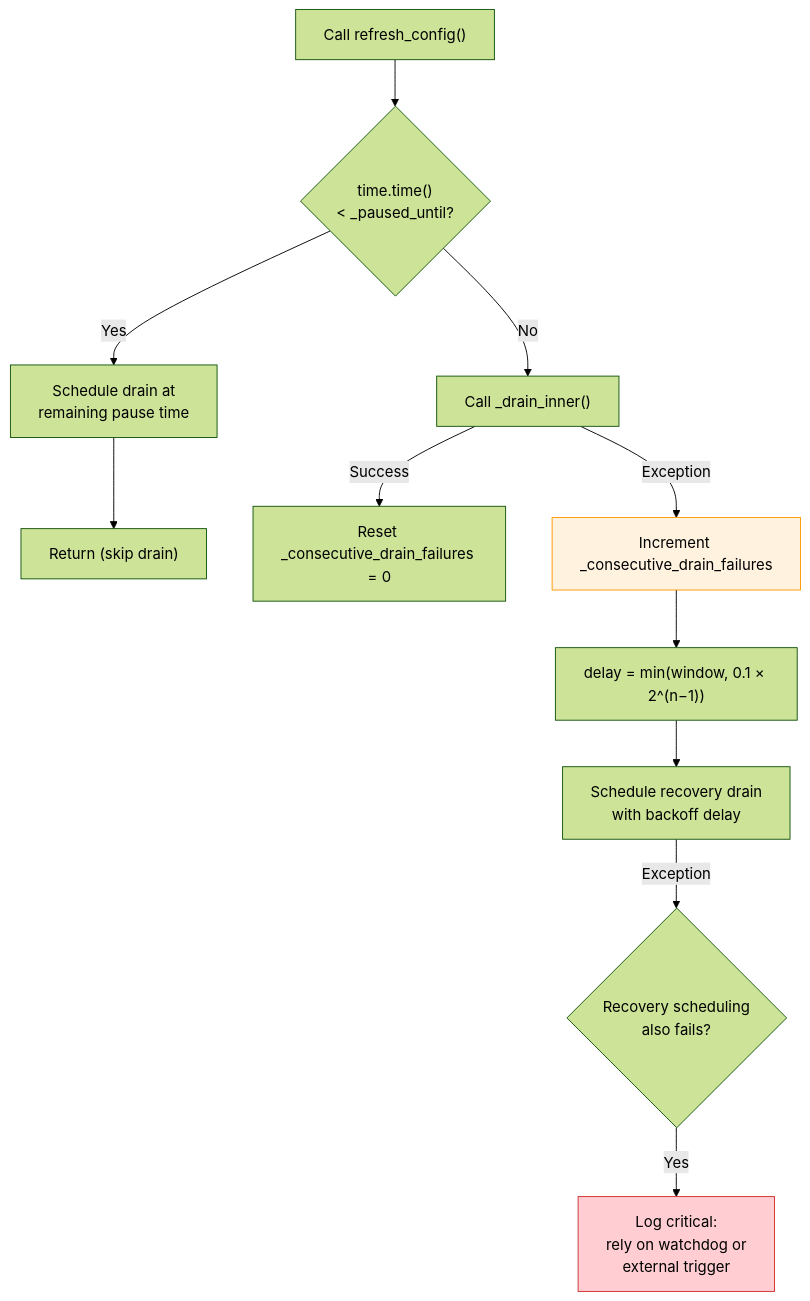
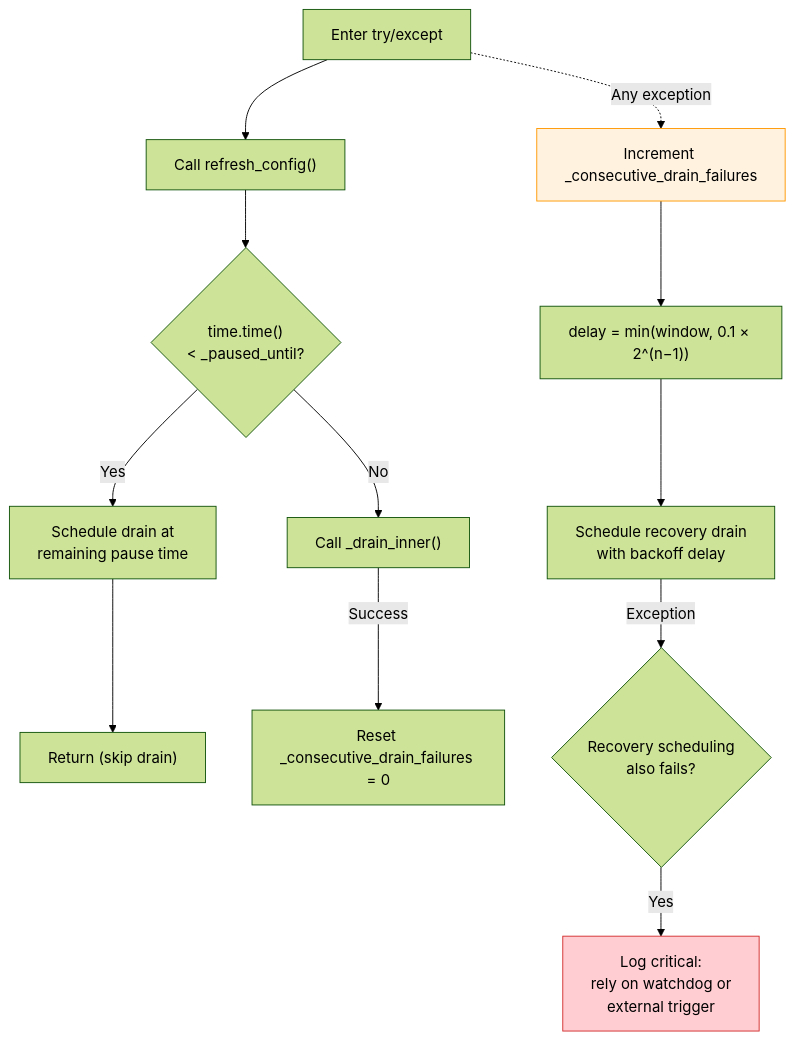
Before and after one commit to melroy999/redis-rate-limiter: the third of 4 diagrams in docs/architecture/drain-flow.md, drawn with Mermaid (forest theme). The commit also changed other lines of this file and 53 other files, not shown here.

Commit message:
[/worker-limiter] Added Prometheus metrics integration, demo infrastructure, and K8s manifests. Fixed dispatch lock starvation (contention-aware cooldown) and added local capacity guard. Made the drain thread more robust (auto-recovery, exception handling, cross-process Pub/Sub notification).

````diff
--- a/docs/architecture/drain-flow.md
+++ b/docs/architecture/drain-flow.md
@@ -117,25 +121,28 @@
 ```mermaid
 flowchart TD
+    L2_TRY_START["Enter try/except"]
     L2_REFRESH["Call refresh_config()"]
     L2_PAUSED{"time.time()\n< _paused_until?"}
     L2_SCHEDULE_RESUME["Schedule drain at\nremaining pause time"]
     L2_RETURN_PAUSED["Return (skip drain)"]
-    L2_TRY["Call _drain_inner()"]
+    L2_INNER["Call _drain_inner()"]
     L2_SUCCESS["Reset _consecutive_drain_failures = 0"]
     L2_EXCEPT["Increment _consecutive_drain_failures"]
     L2_BACKOFF["delay = min(window, 0.1 × 2^(n−1))"]
     L2_SCHEDULE_RETRY["Schedule recovery drain\nwith backoff delay"]
     L2_DOUBLE_FAIL{"Recovery scheduling\nalso fails?"}
     L2_CRITICAL["Log critical:\nrely on watchdog or\nexternal trigger"]
 
+    L2_TRY_START --> L2_REFRESH
     L2_REFRESH --> L2_PAUSED
     L2_PAUSED -- "Yes" --> L2_SCHEDULE_RESUME --> L2_RETURN_PAUSED
-    L2_PAUSED -- "No" --> L2_TRY
-    L2_TRY -- "Success" --> L2_SUCCESS
-    L2_TRY -- "Exception" --> L2_EXCEPT --> L2_BACKOFF --> L2_SCHEDULE_RETRY
+    L2_PAUSED -- "No" --> L2_INNER
+    L2_INNER -- "Success" --> L2_SUCCESS
+    L2_TRY_START -. "Any exception" .-> L2_EXCEPT
+    L2_EXCEPT --> L2_BACKOFF --> L2_SCHEDULE_RETRY
     L2_SCHEDULE_RETRY -- "Exception" --> L2_DOUBLE_FAIL
     L2_DOUBLE_FAIL -- "Yes" --> L2_CRITICAL
 
     style L2_EXCEPT fill:#fff3e0,stroke:#FF9800
     style L2_CRITICAL fill:#ffcdd2,stroke:#D32F2F
 ```
````
